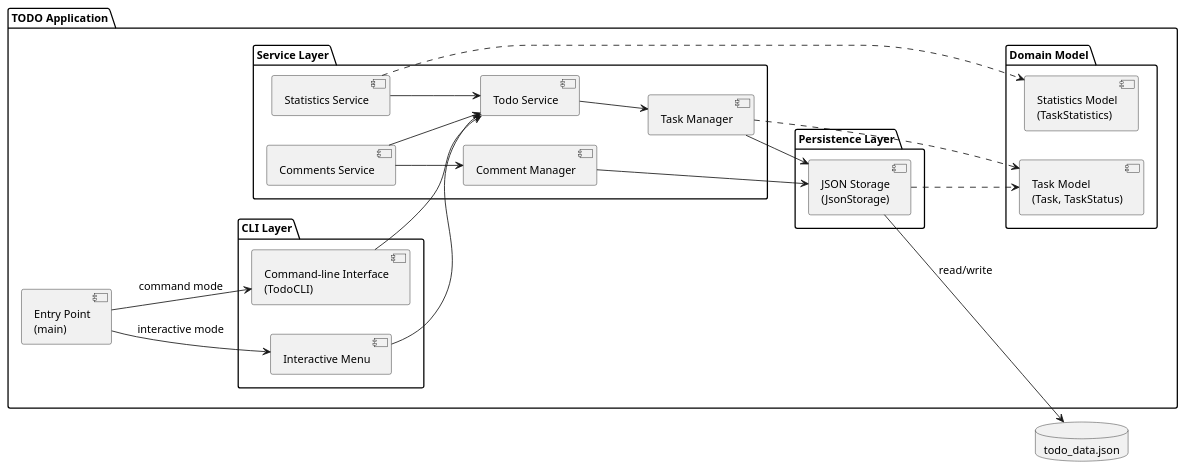
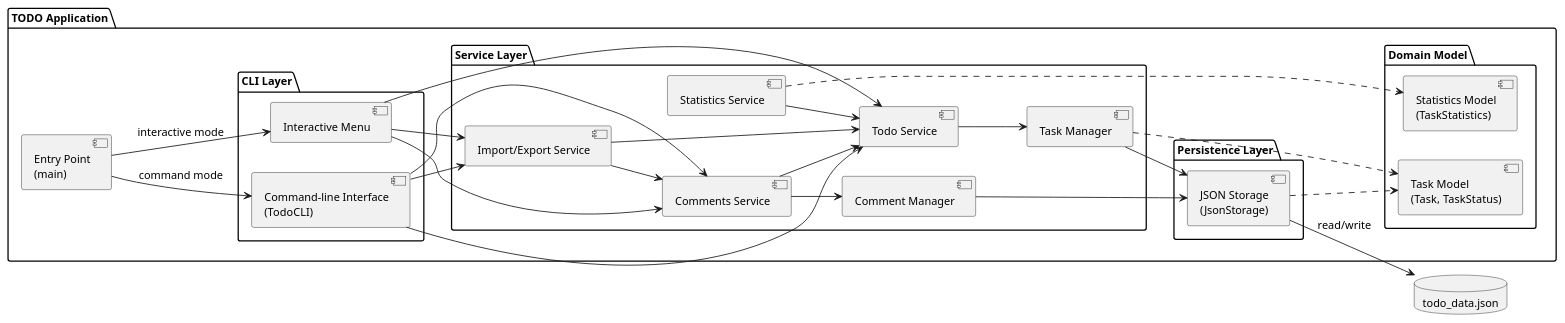
The diagram in experiments/supervisor_as_tools/test_driven/TODO/artifacts/component_diagram.puml (DanielRiha8906/Software_autoevolution_using_agents), drawn with PlantUML before and after one commit. The commit also changed 8 other files, not shown here.

```diff
--- a/experiments/supervisor_as_tools/test_driven/TODO/artifacts/component_diagram.puml
+++ b/experiments/supervisor_as_tools/test_driven/TODO/artifacts/component_diagram.puml
@@ -1,55 +1,62 @@
 @startuml component_diagram
 
 skinparam componentStyle uml2
 skinparam defaultFontSize 13
 
 left to right direction
 
 package "TODO Application" {
 
     component "Entry Point\n(main)" as Main
 
     package "CLI Layer" {
         component "Interactive Menu" as IM
         component "Command-line Interface\n(TodoCLI)" as CLI
     }
 
     package "Service Layer" {
         component "Todo Service" as SVC
         component "Task Manager" as MGR
         component "Comments Service" as CSVC
         component "Comment Manager" as CMGR
         component "Statistics Service" as SSVC
+        component "Import/Export Service" as IEXVC
     }
 
     package "Domain Model" {
         component "Task Model\n(Task, TaskStatus)" as Model
         component "Statistics Model\n(TaskStatistics)" as StatsModel
     }
 
     package "Persistence Layer" {
         component "JSON Storage\n(JsonStorage)" as Storage
     }
 }
 
 database "todo_data.json" as DB
 
 Main --> IM : interactive mode
 Main --> CLI : command mode
 
 IM --> SVC
+IM --> CSVC
+IM --> IEXVC
 CLI --> SVC
+CLI --> CSVC
+CLI --> IEXVC
 
 SVC --> MGR
 CSVC --> SVC
 CSVC --> CMGR
 SSVC --> SVC
+IEXVC --> SVC
+IEXVC --> CSVC
 MGR --> Storage
 CMGR --> Storage
 MGR ..> Model
 SSVC ..> StatsModel
 Storage ..> Model
 
 Storage --> DB : read/write
 
 @enduml
```
